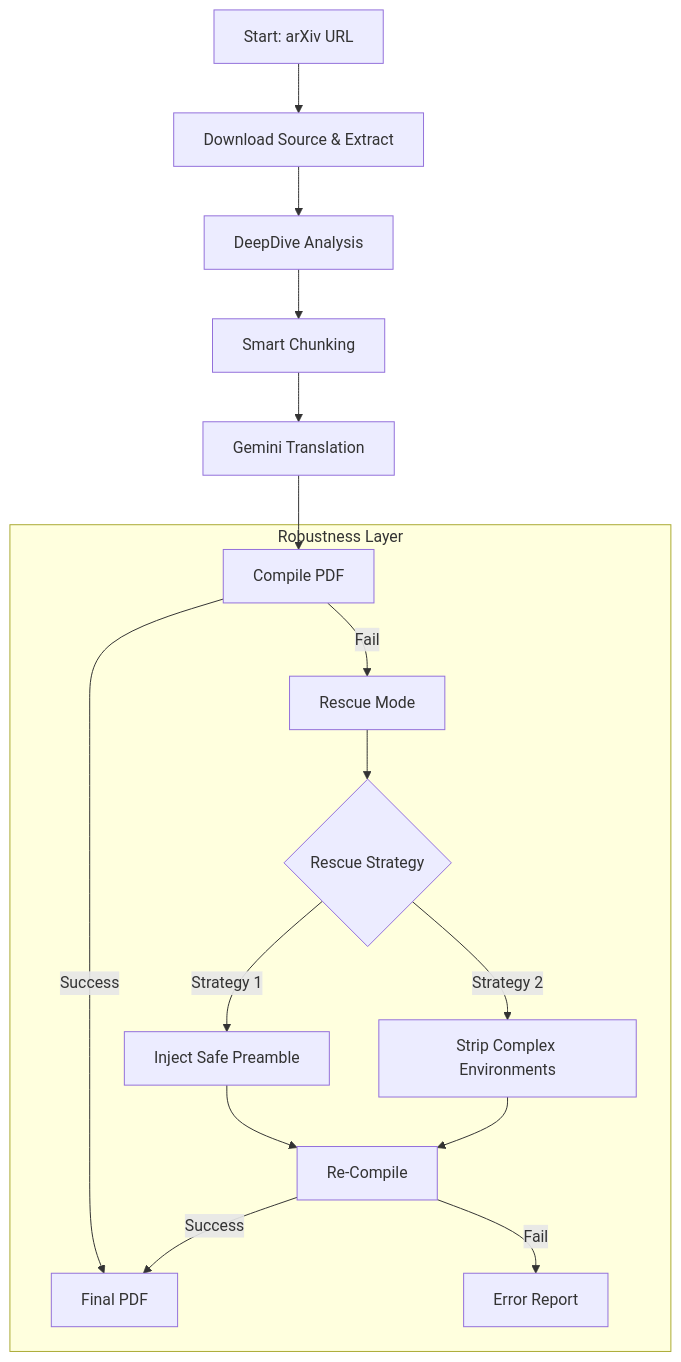
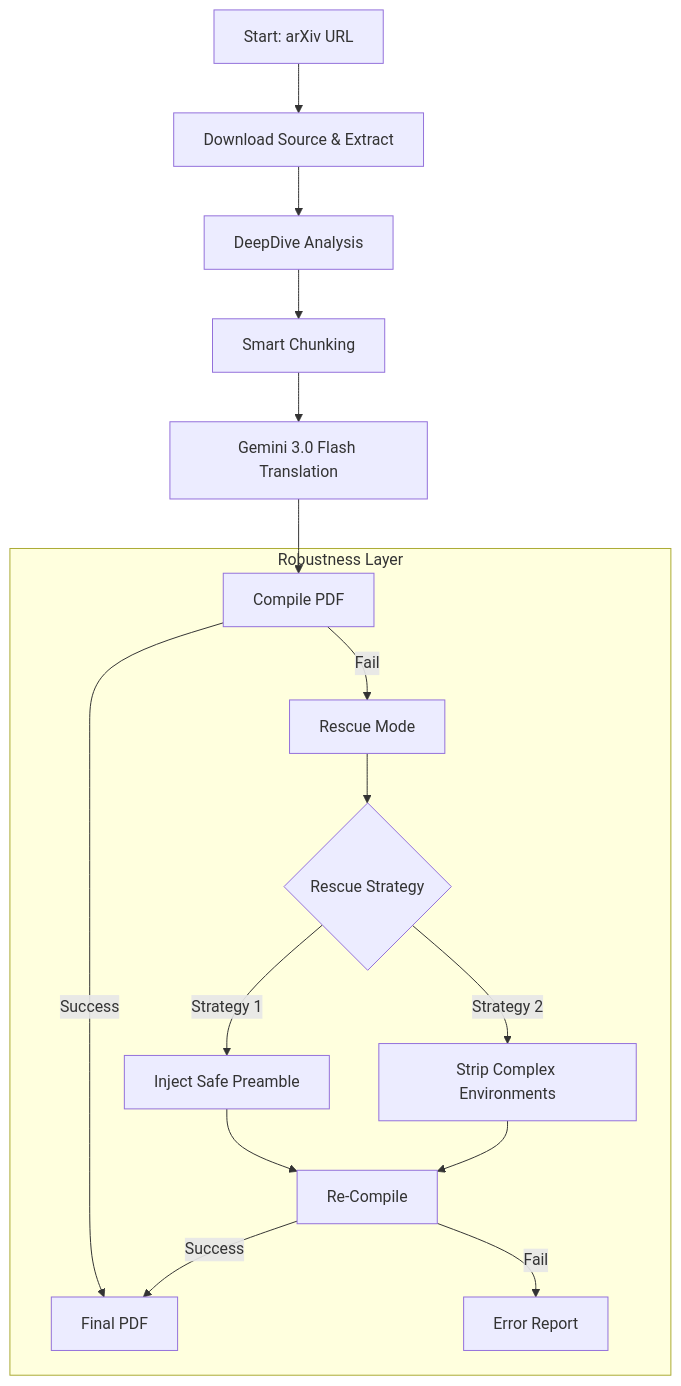
The diagram in ARCHITECTURE.md (ZeyuChen/ReadPaper), drawn with Mermaid before and after one commit. The commit also changed other lines of this file and 1 other file, not shown here.

First line of the commit message:
docs: clarify Gemini 3.0 Flash (gemini-3-flash-preview) throughout docs

````diff
--- a/ARCHITECTURE.md
+++ b/ARCHITECTURE.md
@@ -15,20 +15,20 @@
 ```mermaid
 graph TD
     A[Start: arXiv URL] --> B[Download Source & Extract]
     B --> C[DeepDive Analysis]
     C --> D[Smart Chunking]
-    D --> E[Gemini Translation]
+    D --> E[Gemini 3.0 Flash Translation]
     E --> F[Compile PDF]
     
     subgraph "Robustness Layer"
     F -- Success --> G[Final PDF]
     F -- Fail --> H[Rescue Mode]
     H --> I{Rescue Strategy}
     I -- Strategy 1 --> J[Inject Safe Preamble]
     I -- Strategy 2 --> K[Strip Complex Environments]
     J --> L[Re-Compile]
     K --> L
     L -- Success --> G
     L -- Fail --> M[Error Report]
     end
 ```
````
